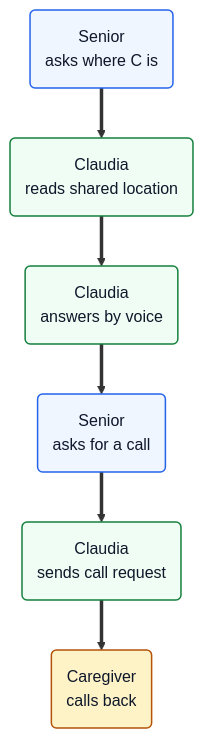
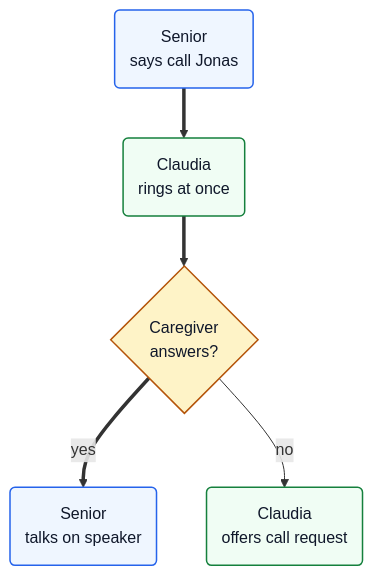
One commit to David3Ar/claudia-caretaker-magdehack changed the third of 5 diagrams in docs/specs/03-live-location/spec.md. Above: the diagram before and after it, drawn with Mermaid. The commit also changed other lines of this file and 42 other files, not shown here.

Commit message:
docs(live-location): move to specs structure with flow player and step images

````diff
--- a/docs/specs/03-live-location/spec.md
+++ b/docs/specs/03-live-location/spec.md
@@ -76,21 +185,19 @@
 ```mermaid
 flowchart TB
-    accTitle: Location question and call request flow
-    Q1("Senior<br/>asks where C is"):::senior
-    L1("Claudia<br/>reads shared location"):::claudia
-    L2("Claudia<br/>answers by voice"):::claudia
-    Q2("Senior<br/>asks for a call"):::senior
-    L3("Claudia<br/>sends call request"):::claudia
-    C2("Caregiver<br/>calls back"):::caregiver
+    accTitle: Senior calls her son directly by voice
+    G1("Senior<br/>says call Jonas"):::senior
+    A1("Claudia<br/>rings at once"):::claudia
+    C1{"Caregiver<br/>answers?"}:::caregiver
+    G2("Senior<br/>talks on speaker"):::senior
+    A2("Claudia<br/>offers call request"):::claudia
 
-    Q1 ==> L1
-    L1 ==> L2
-    L2 ==> Q2
-    Q2 ==> L3
-    L3 ==> C2
+    G1 ==> A1
+    A1 ==> C1
+    C1 ==>|yes| G2
+    C1 -->|no| A2
 
     classDef senior    fill:#eff6ff,stroke:#2563eb,stroke-width:1.5px,color:#0f172a
     classDef caregiver fill:#fef3c7,stroke:#b45309,stroke-width:1.5px,color:#0f172a
     classDef claudia   fill:#f0fdf4,stroke:#15803d,stroke-width:1.5px,color:#0f172a
     classDef other     fill:#f1f5f9,stroke:#64748b,stroke-width:1.5px,color:#0f172a
 ```
````
